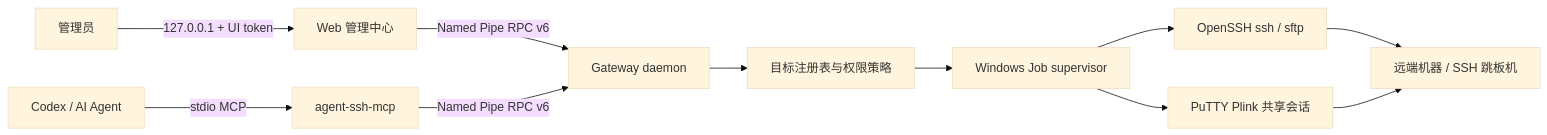
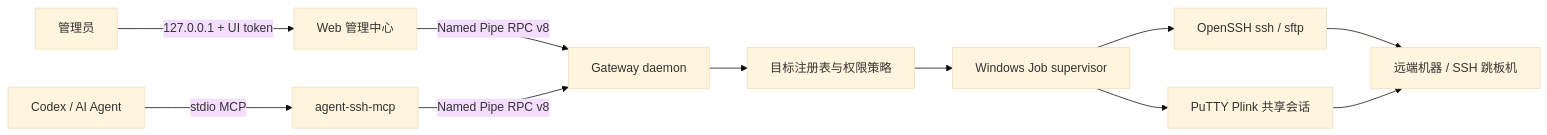
Before and after one commit to muligen/enhanced_ssh: the diagram in README.md, drawn with Mermaid (base theme). The commit also changed other lines of this file and 18 other files, not shown here.

````diff
--- a/README.md
+++ b/README.md
@@ -25,13 +25,13 @@
 ```mermaid
 flowchart LR
     A["管理员"] -->|"127.0.0.1 + UI token"| UI["Web 管理中心"]
     C["Codex / AI Agent"] -->|"stdio MCP"| MCP["agent-ssh-mcp"]
-    UI -->|"Named Pipe RPC v6"| G["Gateway daemon"]
-    MCP -->|"Named Pipe RPC v6"| G
+    UI -->|"Named Pipe RPC v8"| G["Gateway daemon"]
+    MCP -->|"Named Pipe RPC v8"| G
     G --> R["目标注册表与权限策略"]
     R --> J["Windows Job supervisor"]
     J --> O["OpenSSH ssh / sftp"]
     J --> P["PuTTY Plink 共享会话"]
     O --> T["远端机器 / SSH 跳板机"]
     P --> T
 ```
````
